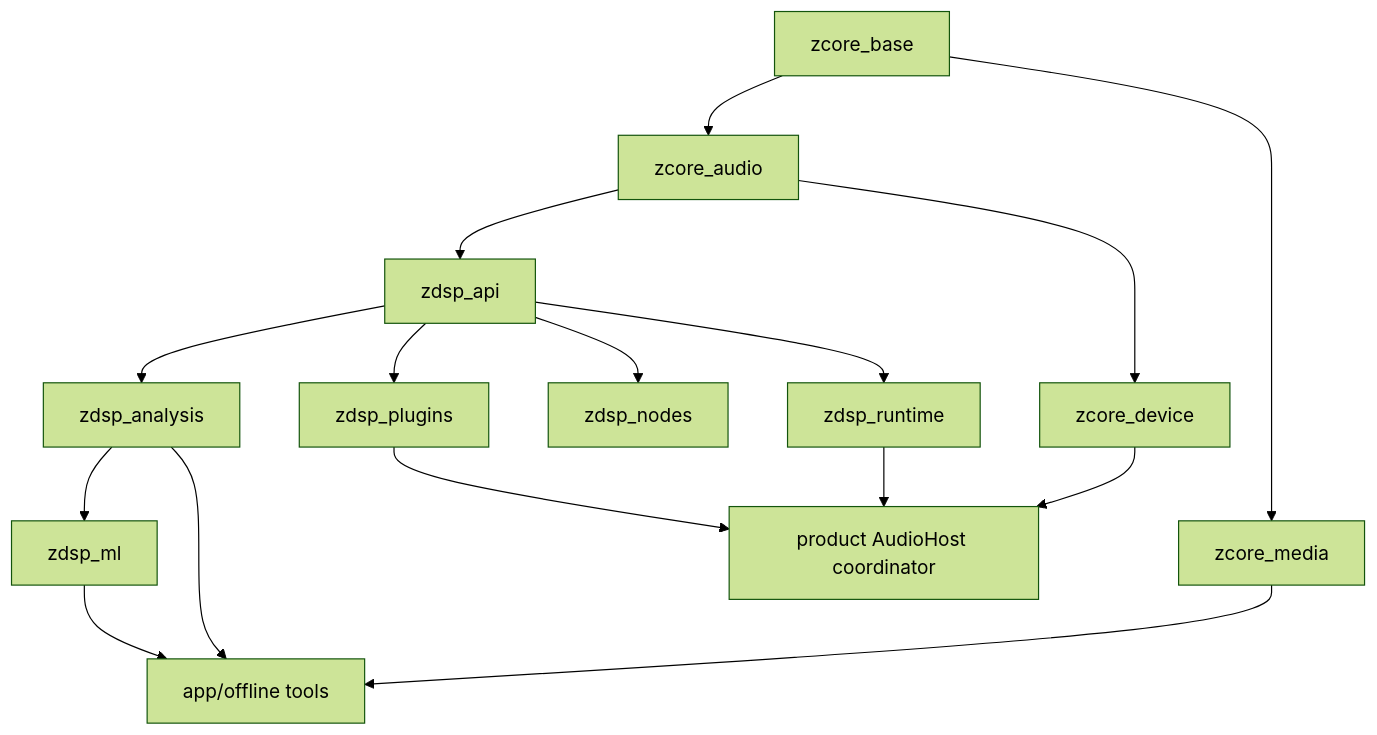
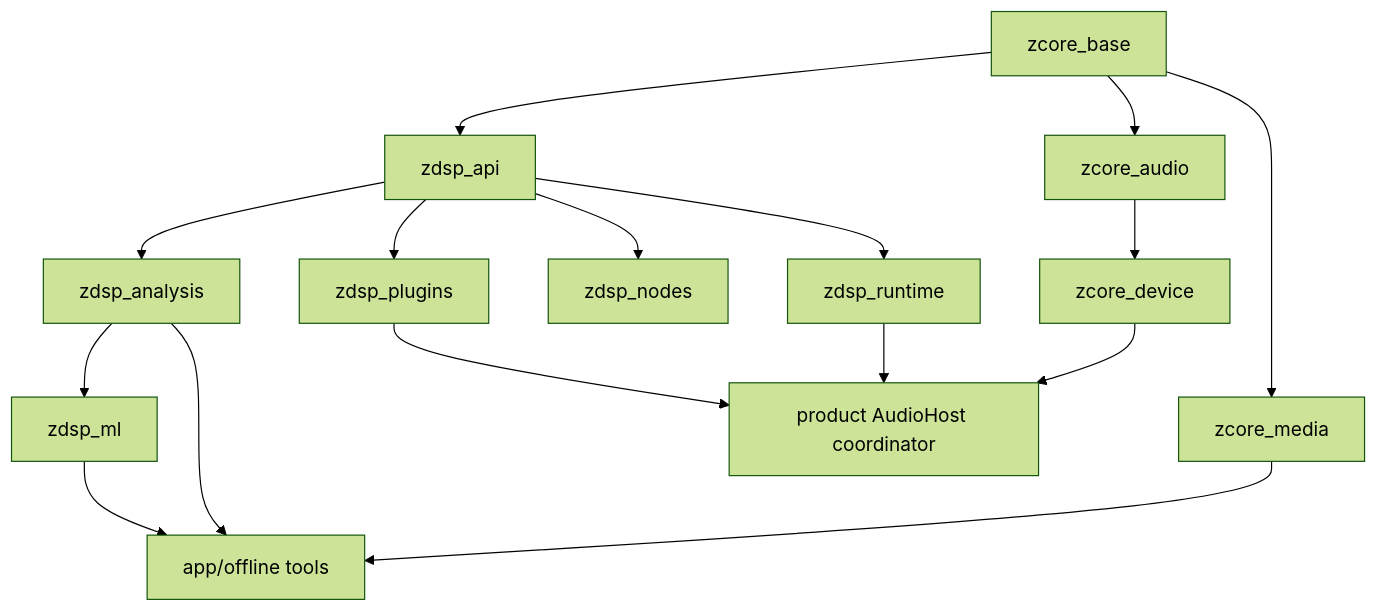
Before and after one commit to lexasoft123/SingZ: the diagram in docs/NATIVE-CORE-DESIGN.md, drawn with Mermaid (forest theme). The commit also changed other lines of this file and 36 other files, not shown here.

````diff
--- a/docs/NATIVE-CORE-DESIGN.md
+++ b/docs/NATIVE-CORE-DESIGN.md
@@ -55,20 +55,20 @@
 ```mermaid
 flowchart TD
   B[zcore_base] --> A[zcore_audio]
   A --> D[zcore_device]
   B --> M[zcore_media]
 
-  A --> API[zdsp_api]
+  B --> API[zdsp_api]
   API --> RT[zdsp_runtime]
   API --> N[zdsp_nodes]
   API --> AN[zdsp_analysis]
   AN --> ML[zdsp_ml]
   API --> PL[zdsp_plugins]
 
   D --> H[product AudioHost coordinator]
   RT --> H
   M --> APP[app/offline tools]
   AN --> APP
   ML --> APP
   PL --> H
 ```
````
